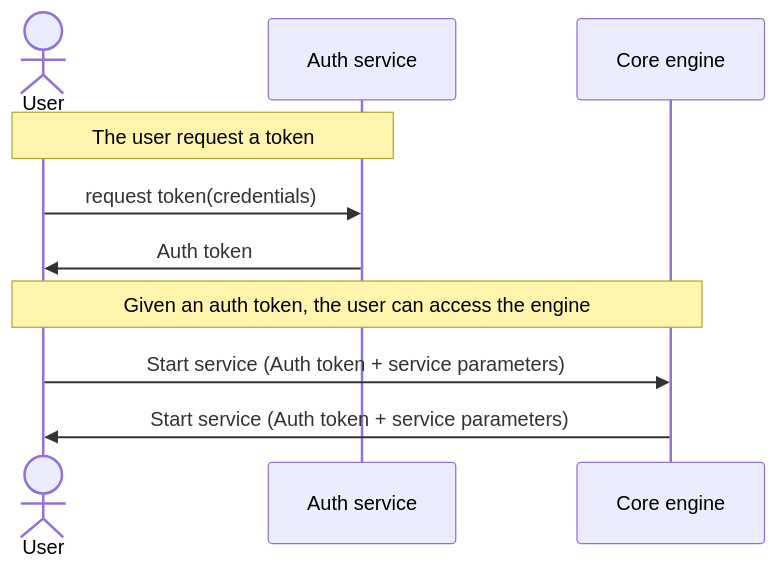
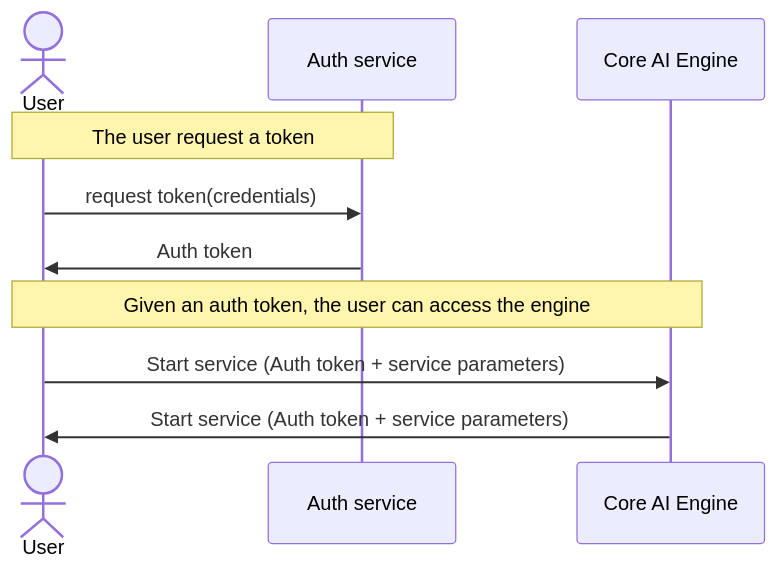
One commit to swiss-ai-center/documentation changed the diagram in docs/reference/core-concepts/auth.md. Above: the diagram before and after it, drawn with Mermaid. The commit also changed 35 other files, not shown here.

Commit message:
Renaming coreEngine in Core Ai Engine, Updating documentation, Changi… (#137)

````diff
--- a/docs/reference/core-concepts/auth.md
+++ b/docs/reference/core-concepts/auth.md
@@ -23,14 +23,14 @@
 ```mermaid
 sequenceDiagram
     actor User
     participant Auth service
-    participant Core engine
+    participant Core AI Engine
 
     Note over User, Auth service: The user request a token
     User->>Auth service: request token(credentials)
     Auth service->>User: Auth token
 
-    Note over User, Core engine: Given an auth token, the user can access the engine
-    User->>Core engine: Start service (Auth token + service parameters)
-    Core engine->>User: Start service (Auth token + service parameters)
+    Note over User, Core AI Engine: Given an auth token, the user can access the engine
+    User->>Core AI Engine: Start service (Auth token + service parameters)
+    Core AI Engine->>User: Start service (Auth token + service parameters)
 ```
````
